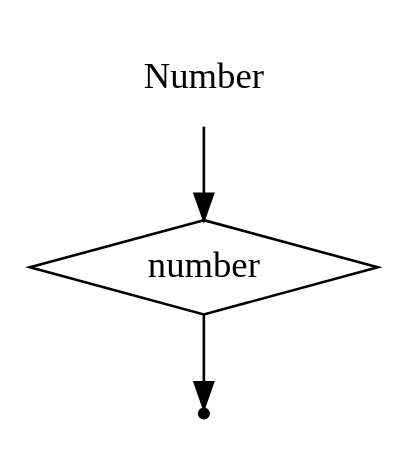
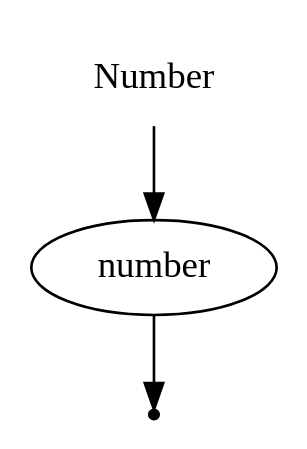
Before and after one commit to EgorGoluzin/DSL: the diagram in PSECO_NEW/wirth/Number.gv, drawn with Graphviz. The commit also changed 1 other file, not shown here.

```diff
--- a/PSECO_NEW/wirth/Number.gv
+++ b/PSECO_NEW/wirth/Number.gv
@@ -1,7 +1,7 @@
 digraph Number {
   start [label="Number" shape=plaintext];
+  A [label="number" shape=oval];
   end [label="" shape=point];
-  A [label="number" shape=diamond];
   start -> A;
   A -> end;
 }
```
